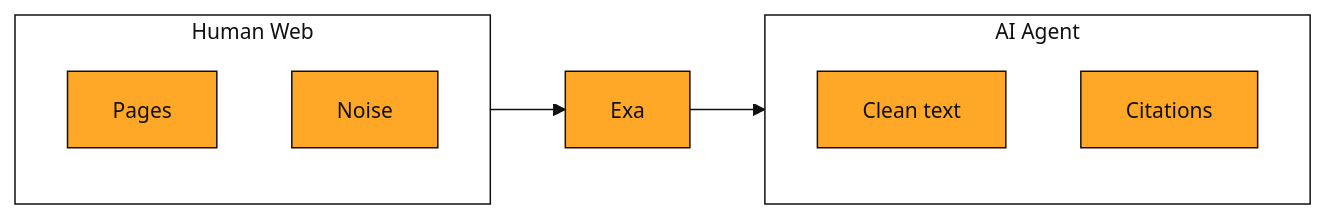
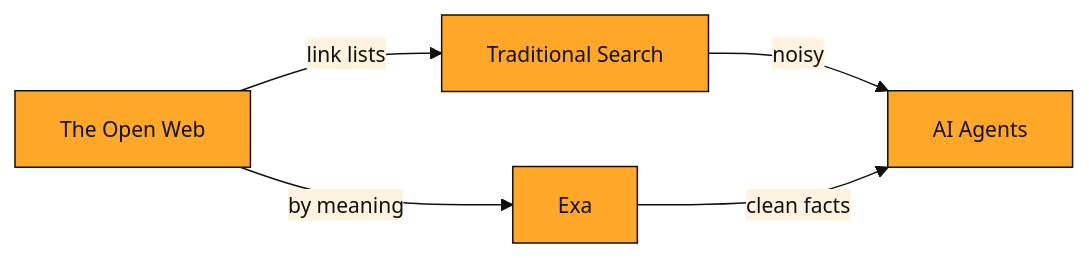
One commit to The-Web3-Compass/Stack-courses changed the diagram in exa-a-beginner-s-guide-to-search-api-beginner/lesson-01.md. Above: the diagram before and after it, drawn with Mermaid. The commit also changed other lines of this file and 58 other files, not shown here.

````diff
--- a/exa-a-beginner-s-guide-to-search-api-beginner/lesson-01.md
+++ b/exa-a-beginner-s-guide-to-search-api-beginner/lesson-01.md
@@ -45,17 +44,12 @@
 ```mermaid
 %%{init: {'theme':'base','themeVariables':{'primaryColor':'#FFA726','primaryTextColor':'#111111','primaryBorderColor':'#111111','lineColor':'#111111','secondaryColor':'#FFF3E0','secondaryTextColor':'#111111','secondaryBorderColor':'#111111','tertiaryColor':'#FFFFFF','tertiaryTextColor':'#111111','tertiaryBorderColor':'#111111','fontFamily':'Inter, ui-sans-serif, system-ui, sans-serif','fontSize':'14px'}}}%%
 flowchart LR
-    subgraph Web["Human Web"]
-        direction TB
-        P[Pages]
-        N[Noise]
-    end
+    Web[The Open Web]
+    Old[Traditional Search]
     Exa[Exa]
-    subgraph Agent["AI Agent"]
-        direction TB
-        T[Clean text]
-        C[Citations]
-    end
-    Web --> Exa
-    Exa --> Agent
+    Agent[AI Agents]
+    Web -- link lists --> Old
+    Old -- noisy --> Agent
+    Web -- by meaning --> Exa
+    Exa -- clean facts --> Agent
 ```
````
